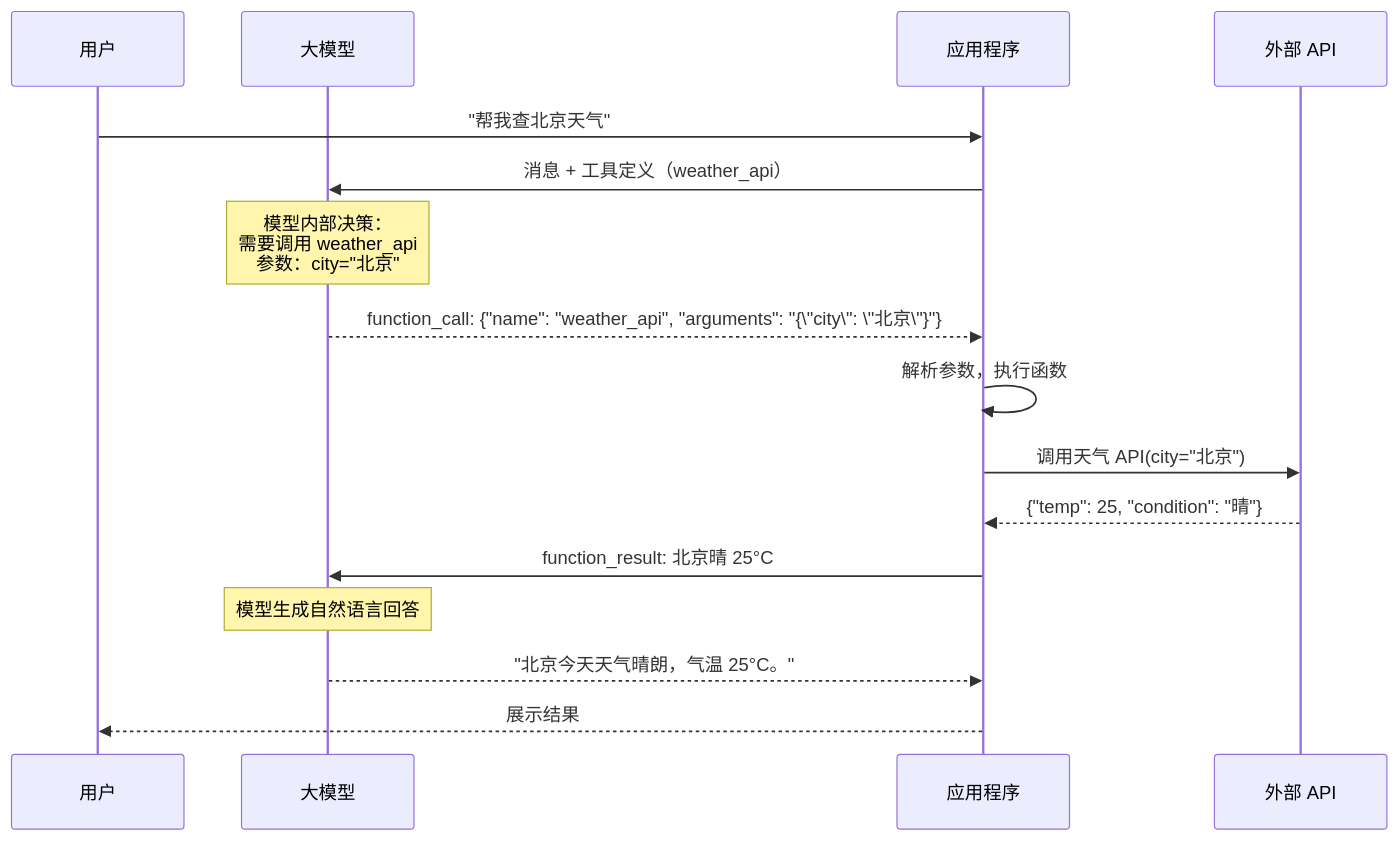
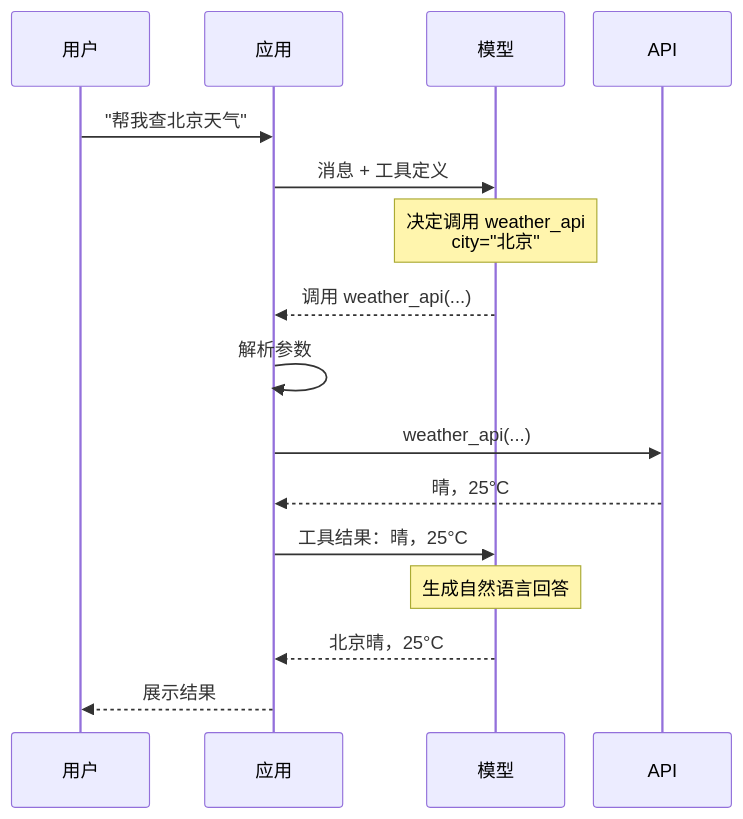
One commit to BeefWrap4/LLM-Knowledge-Base changed the fifth of 20 diagrams in 15_Agent智能体开发.md. Above: the diagram before and after it, drawn with Mermaid. The commit also changed other lines of this file and 8 other files, not shown here.

Commit message:
Fix Mermaid semantics and Obsidian layouts

````diff
--- a/15_Agent智能体开发.md
+++ b/15_Agent智能体开发.md
@@ -566,25 +561,26 @@
 ```mermaid
+%%{init: {"sequence": {"actorMargin": 25, "width": 120}}}%%
 sequenceDiagram
     participant U as 用户
-    participant LLM as 大模型
-    participant App as 应用程序
-    participant API as 外部 API
+    participant App as 应用
+    participant LLM as 模型
+    participant API as API
 
     U->>App: "帮我查北京天气"
-    App->>LLM: 消息 + 工具定义（weather_api）
+    App->>LLM: 消息 + 工具定义
     
-    Note over LLM: 模型内部决策：<br/>需要调用 weather_api<br/>参数：city="北京"
+    Note over LLM: 决定调用 weather_api<br/>city="北京"
     
-    LLM-->>App: function_call: {"name": "weather_api", "arguments": "{\"city\": \"北京\"}"}
+    LLM-->>App: 调用 weather_api(...)
     
-    App->>App: 解析参数，执行函数
-    App->>API: 调用天气 API(city="北京")
-    API-->>App: {"temp": 25, "condition": "晴"}
+    App->>App: 解析参数
+    App->>API: weather_api(...)
+    API-->>App: 晴，25°C
     
-    App->>LLM: function_result: 北京晴 25°C
+    App->>LLM: 工具结果：晴，25°C
     
-    Note over LLM: 模型生成自然语言回答
+    Note over LLM: 生成自然语言回答
     
-    LLM-->>App: "北京今天天气晴朗，气温 25°C。"
+    LLM-->>App: 北京晴，25°C
     App-->>U: 展示结果
 ```
````
